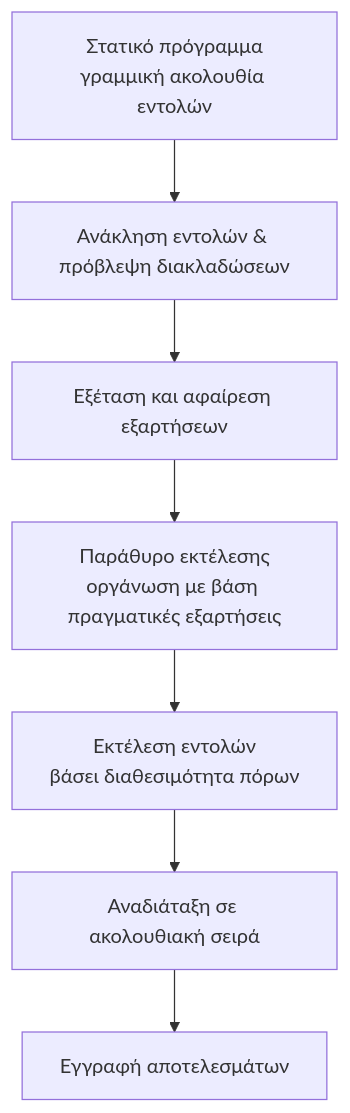
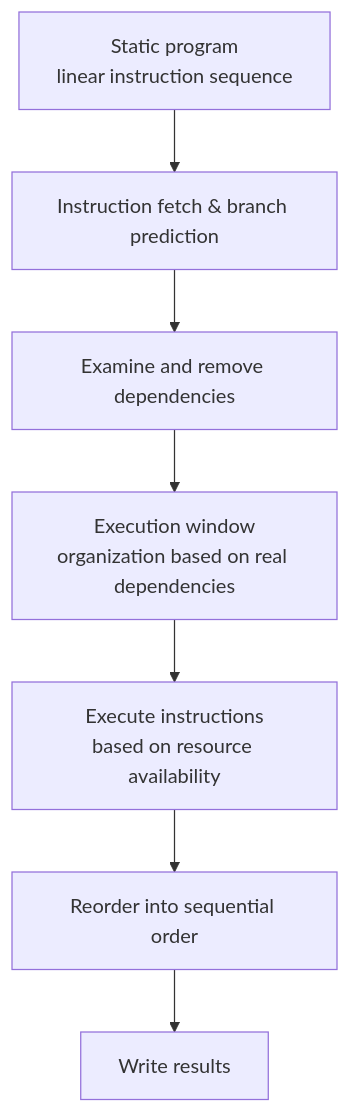
Before and after one commit to PanagopoulosNikolaos/DitOpenNotes: the seventh of 11 diagrams in Year_2/Semester_3/COMPUTER_ARCHITECTURE/Resources/Notes/Superscalar-Processors-Notes-9.md, drawn with Mermaid. The commit also changed other lines of this file and 50 other files, not shown here.

````diff
--- a/Year_2/Semester_3/COMPUTER_ARCHITECTURE/Resources/Notes/Superscalar-Processors-Notes-9.md
+++ b/Year_2/Semester_3/COMPUTER_ARCHITECTURE/Resources/Notes/Superscalar-Processors-Notes-9.md
@@ -408,10 +408,10 @@
 ```mermaid
 flowchart TB
-  A[Στατικό πρόγραμμα<br/>γραμμική ακολουθία εντολών] 
-    --> B[Ανάκληση εντολών & πρόβλεψη διακλαδώσεων]
-  B --> C[Εξέταση και αφαίρεση εξαρτήσεων]
-  C --> D[Παράθυρο εκτέλεσης<br/>οργάνωση με βάση πραγματικές εξαρτήσεις]
-  D --> E[Εκτέλεση εντολών<br/>βάσει διαθεσιμότητα πόρων]
-  E --> F[Αναδιάταξη σε ακολουθιακή σειρά]
-  F --> G[Εγγραφή αποτελεσμάτων]
+  A[Static program<br/>linear instruction sequence] 
+    --> B[Instruction fetch & branch prediction]
+  B --> C[Examine and remove dependencies]
+  C --> D[Execution window<br/>organization based on real dependencies]
+  D --> E[Execute instructions<br/>based on resource availability]
+  E --> F[Reorder into sequential order]
+  F --> G[Write results]
 ```
````
